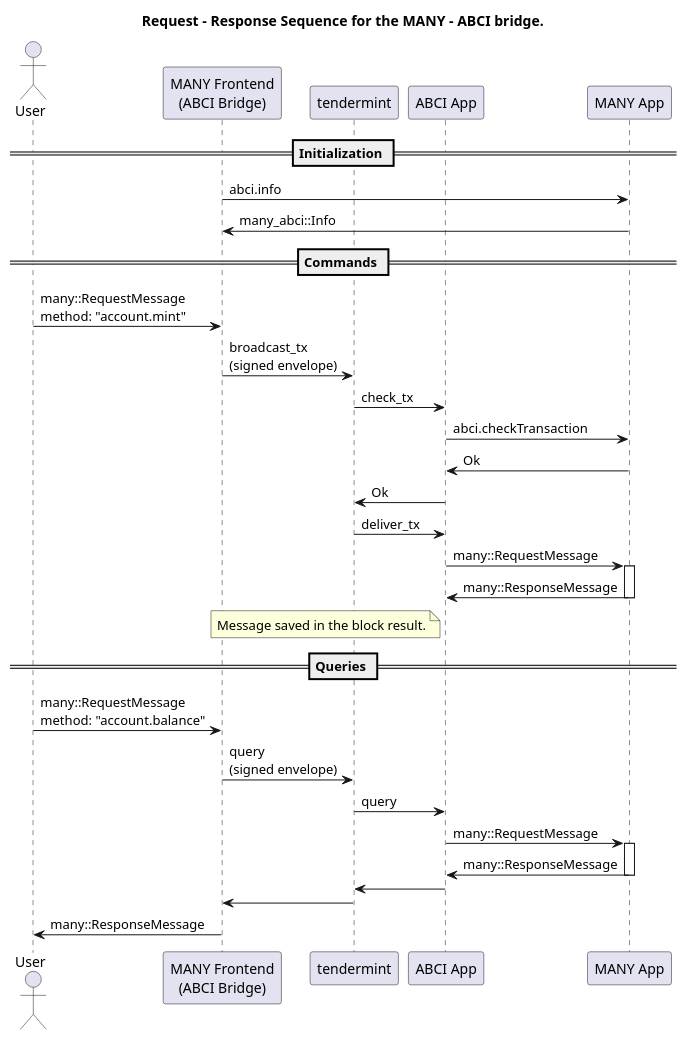
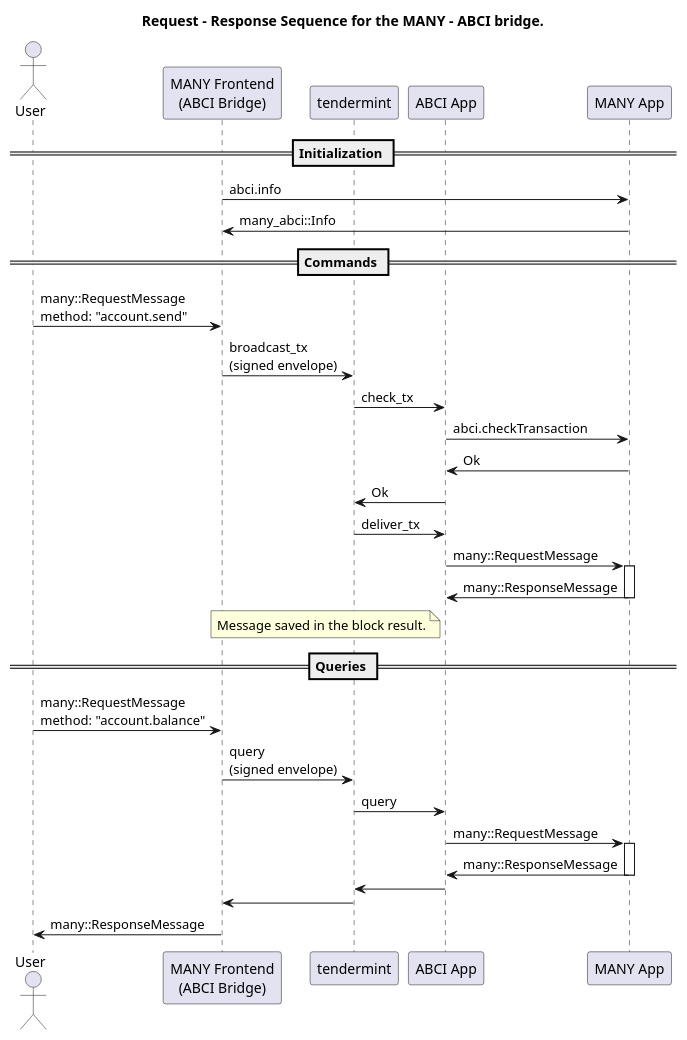
Before and after one commit to many-protocol/specification: the second of 2 diagrams in spec/tendermint.adoc, drawn with PlantUML. The commit also changed 3 other files, not shown here.

```diff
--- a/spec/tendermint.adoc
+++ b/spec/tendermint.adoc
@@ -134,75 +134,75 @@
 [plantuml, format=png]
 ....
 @startuml
 title Request - Response Sequence for the MANY - ABCI bridge.
 
 actor user as "User"
 participant many as "MANY Frontend\n(ABCI Bridge)"
 participant tendermint
 participant abci_app as "ABCI App"
 participant many_app as "MANY App"
 
 == Initialization ==
 many -> many_app : \
     abci.info
 many_app -> many : \
     many_abci::Info
 
 == Commands ==
 
 user -> many : \
-    many::RequestMessage\nmethod: "account.mint"
+    many::RequestMessage\nmethod: "account.send"
 many -> tendermint : \
     broadcast_tx\n(signed envelope)
 
 tendermint -> abci_app : \
     check_tx
 
 abci_app -> many_app : \
     abci.checkTransaction
 
 many_app -> abci_app : \
     Ok
 
 abci_app -> tendermint : \
     Ok
 
 tendermint -> abci_app : \
     deliver_tx
 
 abci_app -> many_app : \
     many::RequestMessage
 
 activate many_app
 many_app -> abci_app : many::ResponseMessage
 note left of abci_app
   Message saved in the block result.
 end note
 deactivate
 
 ' ---
 
 == Queries ==
 
 user -> many : \
     many::RequestMessage\nmethod: "account.balance"
 many -> tendermint : \
     query\n(signed envelope)
 
 tendermint -> abci_app : \
     query
 
 abci_app -> many_app : \
     many::RequestMessage
 
 activate many_app
 many_app -> abci_app : many::ResponseMessage
 deactivate
 
 abci_app -> tendermint
 tendermint -> many
 many -> user : \
     many::ResponseMessage
 
 @enduml
 ....
```
